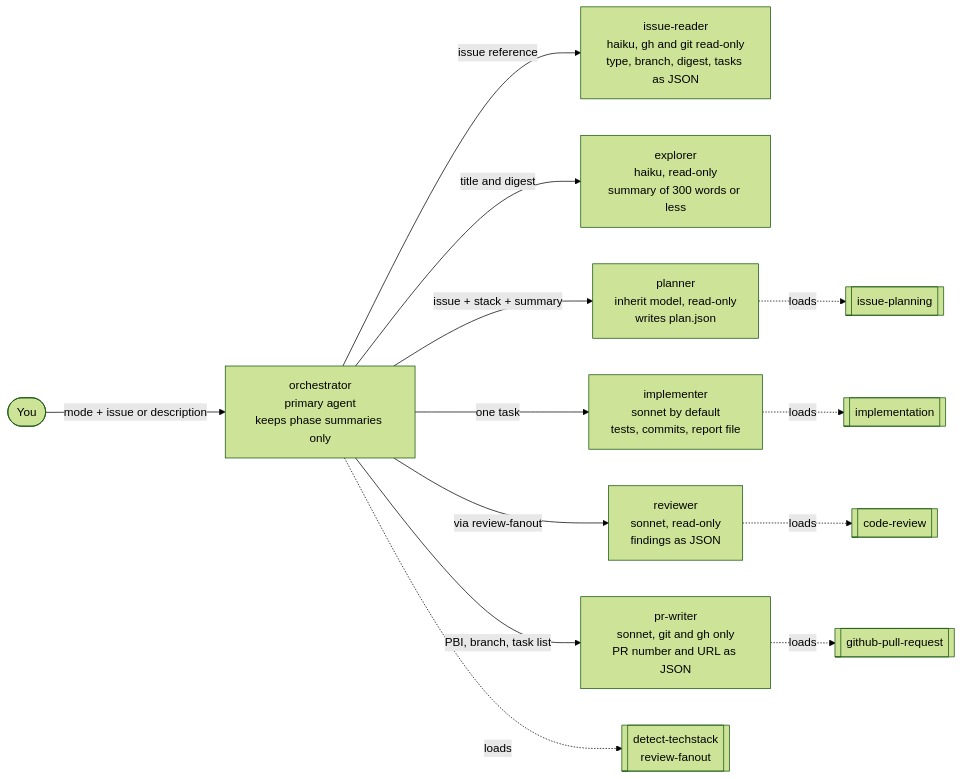
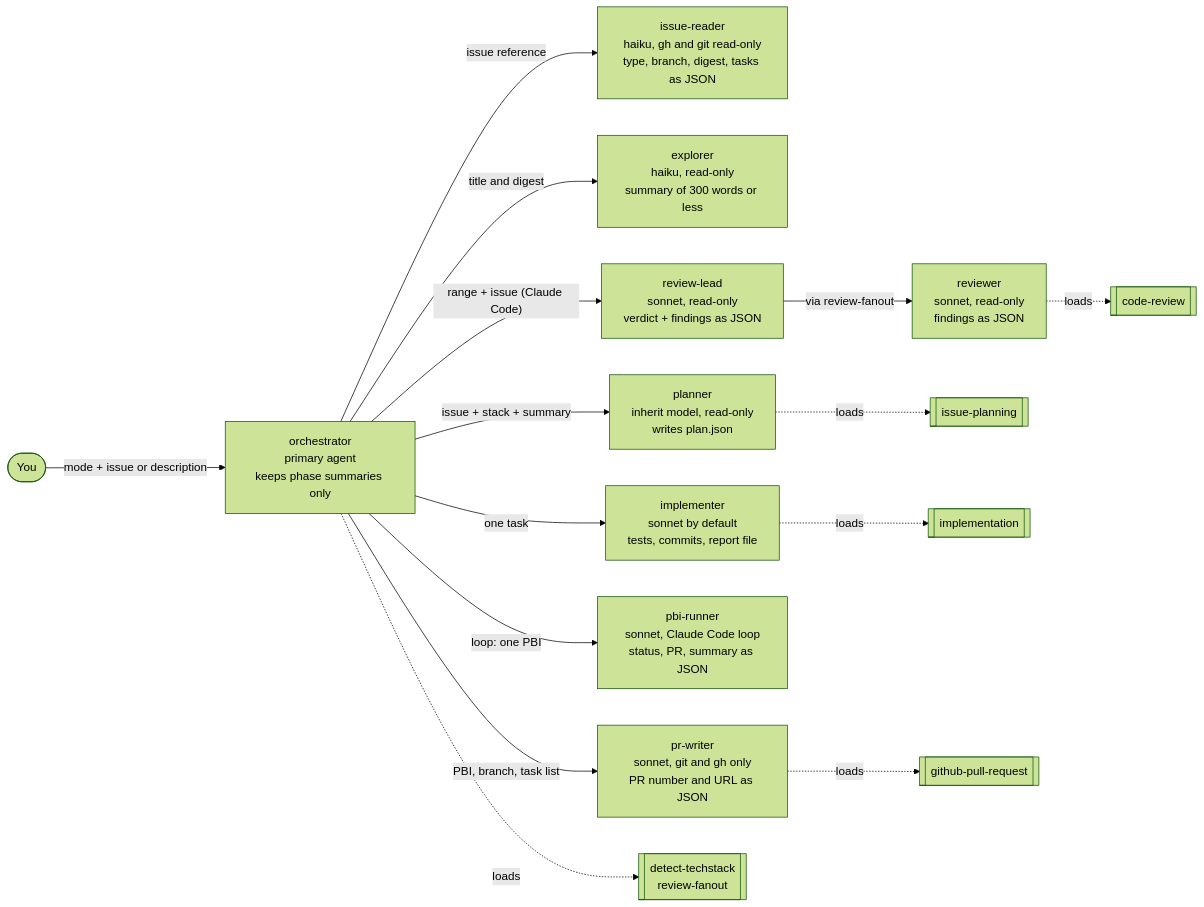
The first of 11 diagrams in docs/orchestrator.md (GravionLabs/apm-hub), drawn with Mermaid (forest theme) before and after one commit. The commit also changed other lines of this file and 215 other files, not shown here.

````diff
--- a/docs/orchestrator.md
+++ b/docs/orchestrator.md
@@ -11,15 +11,17 @@
 ```mermaid
 flowchart LR
     U([You]) -->|"mode + issue or description"| O["orchestrator<br/>primary agent<br/>keeps phase summaries only"]
     O -->|"issue reference"| D["issue-reader<br/>haiku, gh and git read-only<br/>type, branch, digest, tasks as JSON"]
     O -->|"title and digest"| E["explorer<br/>haiku, read-only<br/>summary of 300 words or less"]
     O -->|"issue + stack + summary"| P["planner<br/>inherit model, read-only<br/>writes plan.json"]
     O -->|"one task"| I["implementer<br/>sonnet by default<br/>tests, commits, report file"]
-    O -->|"via review-fanout"| R["reviewer<br/>sonnet, read-only<br/>findings as JSON"]
+    O -->|"range + issue (Claude Code)"| L["review-lead<br/>sonnet, read-only<br/>verdict + findings as JSON"]
+    L -->|"via review-fanout"| R["reviewer<br/>sonnet, read-only<br/>findings as JSON"]
+    O -->|"loop: one PBI"| B["pbi-runner<br/>sonnet, Claude Code loop<br/>status, PR, summary as JSON"]
     O -->|"PBI, branch, task list"| W["pr-writer<br/>sonnet, git and gh only<br/>PR number and URL as JSON"]
     P -.->|"loads"| S1[["issue-planning"]]
     I -.->|"loads"| S2[["implementation"]]
     R -.->|"loads"| S3[["code-review"]]
     W -.->|"loads"| S5[["github-pull-request"]]
     O -.->|"loads"| S4[["detect-techstack<br/>review-fanout"]]
 ```
````
